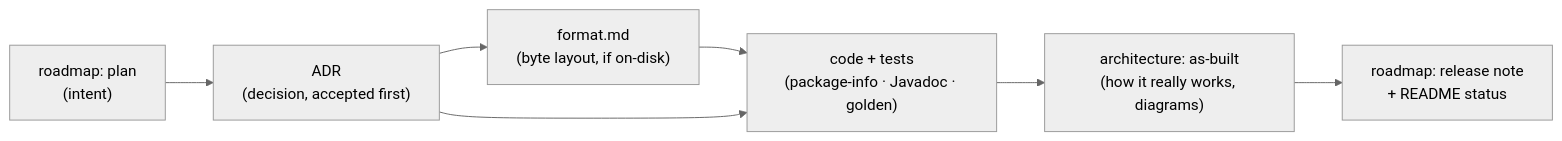
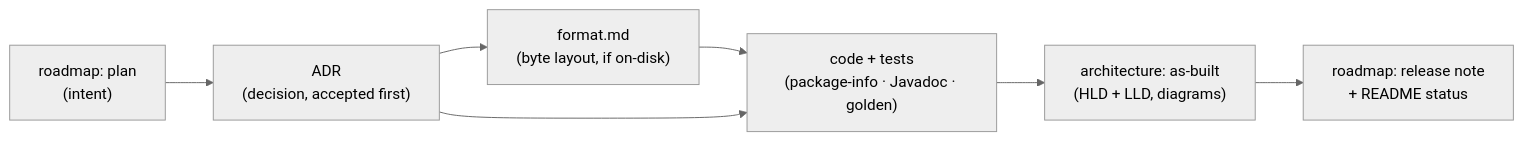
The diagram in documentation/README.md (rahul-j0shi/shale), drawn with Mermaid (neutral theme) before and after one commit. The commit also changed other lines of this file and 6 other files, not shown here.

First line of the commit message:
docs(docs): restructure architecture docs into whole-project/HLD/LLD/tests

````diff
--- a/documentation/README.md
+++ b/documentation/README.md
@@ -39,9 +39,9 @@
 ```mermaid
 flowchart LR
   plan["roadmap: plan<br/>(intent)"] --> adr["ADR<br/>(decision, accepted first)"]
   adr --> fmt["format.md<br/>(byte layout, if on-disk)"]
   fmt --> code["code + tests<br/>(package-info · Javadoc · golden)"]
   adr --> code
-  code --> arch["architecture: as-built<br/>(how it really works, diagrams)"]
+  code --> arch["architecture: as-built<br/>(HLD + LLD, diagrams)"]
   arch --> note["roadmap: release note<br/>+ README status"]
 ```
````
